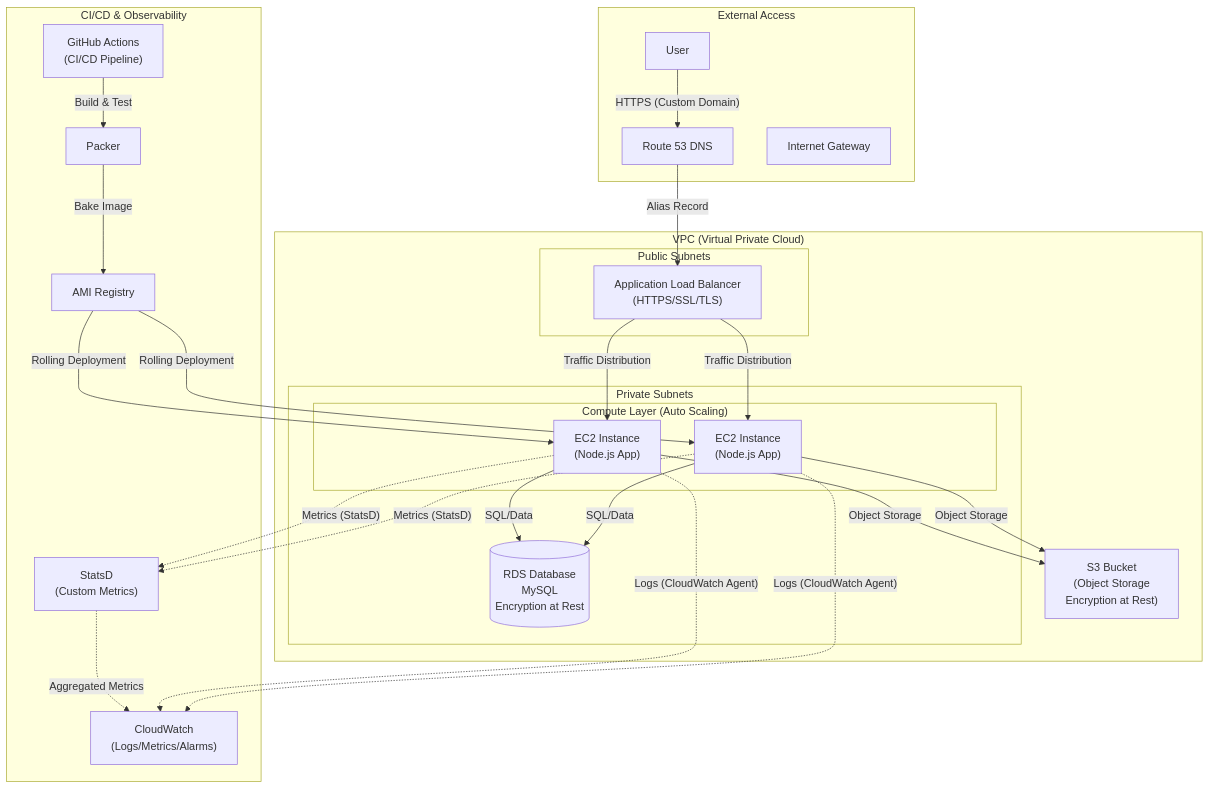
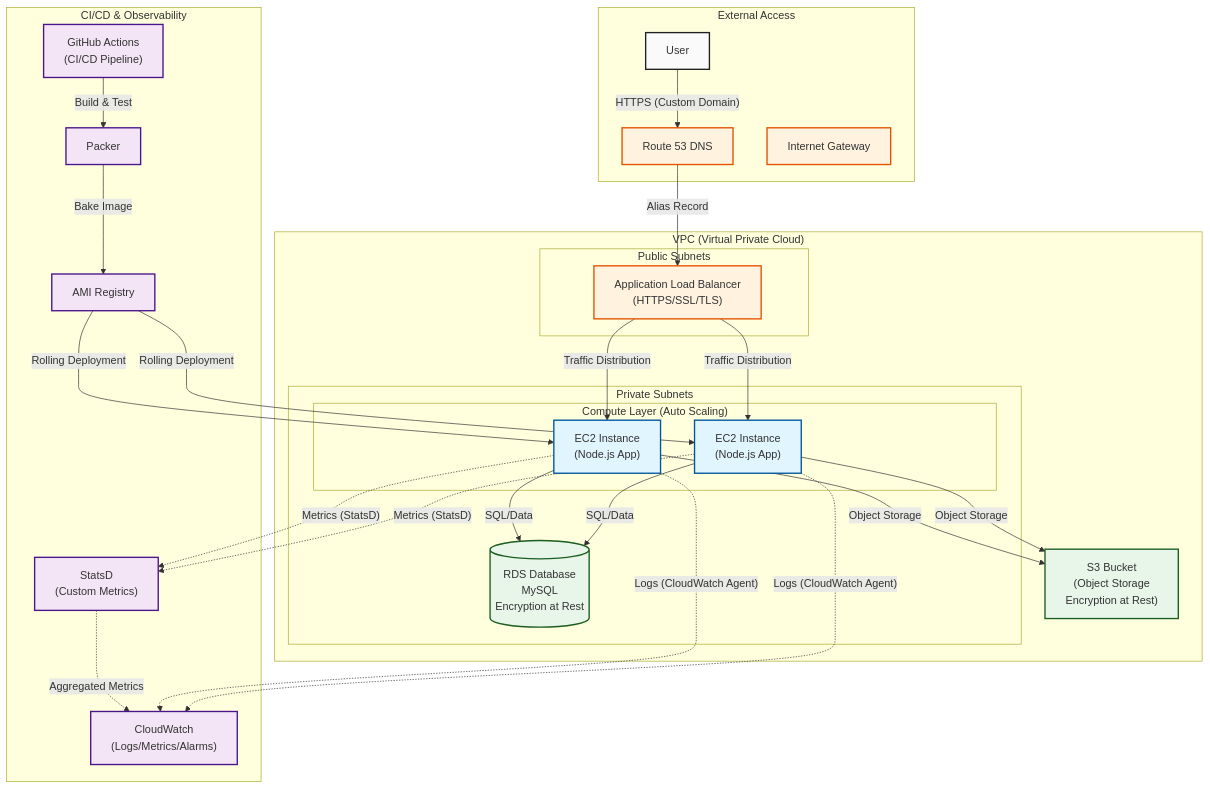
The diagram in README.md (sarthak-mallick/Cloud-Infrastructure-DevOps), drawn with Mermaid before and after one commit.

Commit message:
architecture diagram

````diff
--- a/README.md
+++ b/README.md
@@ -8,58 +8,71 @@
 ```mermaid
 graph TD
     subgraph External["External Access"]
         User["User"]
         R53["Route 53 DNS"]
         IGW["Internet Gateway"]
     end
 
     subgraph VPC["VPC (Virtual Private Cloud)"]
         subgraph Public["Public Subnets"]
             ALB["Application Load Balancer<br/>(HTTPS/SSL/TLS)"]
         end
 
         subgraph Private["Private Subnets"]
             subgraph ASG["Compute Layer (Auto Scaling)"]
                 EC2_1["EC2 Instance<br/>(Node.js App)"]
                 EC2_2["EC2 Instance<br/>(Node.js App)"]
             end
             
             RDS[("RDS Database<br/>MySQL<br/>Encryption at Rest")]
         end
         
         S3["S3 Bucket<br/>(Object Storage<br/>Encryption at Rest)"]
     end
 
     subgraph Management["CI/CD & Observability"]
         GHA["GitHub Actions<br/>(CI/CD Pipeline)"]
         Packer["Packer"]
         AMI["AMI Registry"]
         CW["CloudWatch<br/>(Logs/Metrics/Alarms)"]
         StatsD["StatsD<br/>(Custom Metrics)"]
     end
 
     %% Network Flow
     User -- "HTTPS (Custom Domain)" --> R53
     R53 -- "Alias Record" --> ALB
     ALB -- "Traffic Distribution" --> EC2_1
     ALB -- "Traffic Distribution" --> EC2_2
     
     %% Application Flow
     EC2_1 -- "SQL/Data" --> RDS
     EC2_2 -- "SQL/Data" --> RDS
     EC2_1 -- "Object Storage" --> S3
     EC2_2 -- "Object Storage" --> S3
 
     %% Monitoring
     EC2_1 -. "Metrics (StatsD)" .-> StatsD
     EC2_2 -. "Metrics (StatsD)" .-> StatsD
     StatsD -. "Aggregated Metrics" .-> CW
     EC2_1 -. "Logs (CloudWatch Agent)" .-> CW
     EC2_2 -. "Logs (CloudWatch Agent)" .-> CW
 
     %% CI/CD Flow
     GHA -- "Build & Test" --> Packer
     Packer -- "Bake Image" --> AMI
     AMI -- "Rolling Deployment" --> EC2_1
     AMI -- "Rolling Deployment" --> EC2_2
+
+    %% Styling
+    classDef compute fill:#E1F5FE,stroke:#01579B,stroke-width:2px;
+    classDef data fill:#E8F5E9,stroke:#1B5E20,stroke-width:2px;
+    classDef network fill:#FFF3E0,stroke:#E65100,stroke-width:2px;
+    classDef cicd fill:#F3E5F5,stroke:#4A148C,stroke-width:2px;
+    classDef external fill:#FAFAFA,stroke:#212121,stroke-width:2px;
+
+    class EC2_1,EC2_2 compute;
+    class RDS,S3 data;
+    class ALB,R53,IGW network;
+    class GHA,Packer,AMI,CW,StatsD cicd;
+    class User external;
 ```
````
